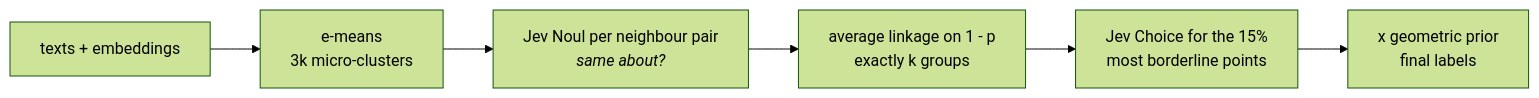
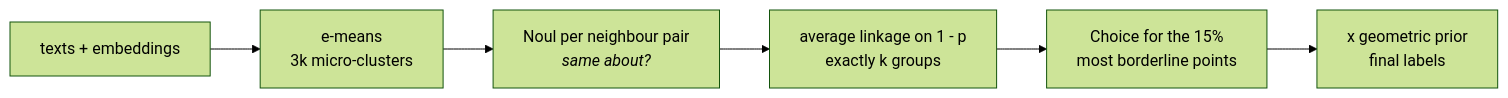
The diagram in README.md (gogoymh/d-means), drawn with Mermaid (forest theme) before and after one commit. The commit also changed other lines of this file and 12 other files, not shown here.

````diff
--- a/README.md
+++ b/README.md
@@ -46,8 +46,8 @@
 ```mermaid
 flowchart LR
   T[texts + embeddings] --> M["e-means<br/>3k micro-clusters"]
-  M --> N["Jev Noul per neighbour pair<br/><i>same about?</i>"]
+  M --> N["Noul per neighbour pair<br/><i>same about?</i>"]
   N --> L["average linkage on 1 - p<br/>exactly k groups"]
-  L --> C["Jev Choice for the 15%<br/>most borderline points"]
+  L --> C["Choice for the 15%<br/>most borderline points"]
   C --> F["x geometric prior<br/>final labels"]
 ```
````
